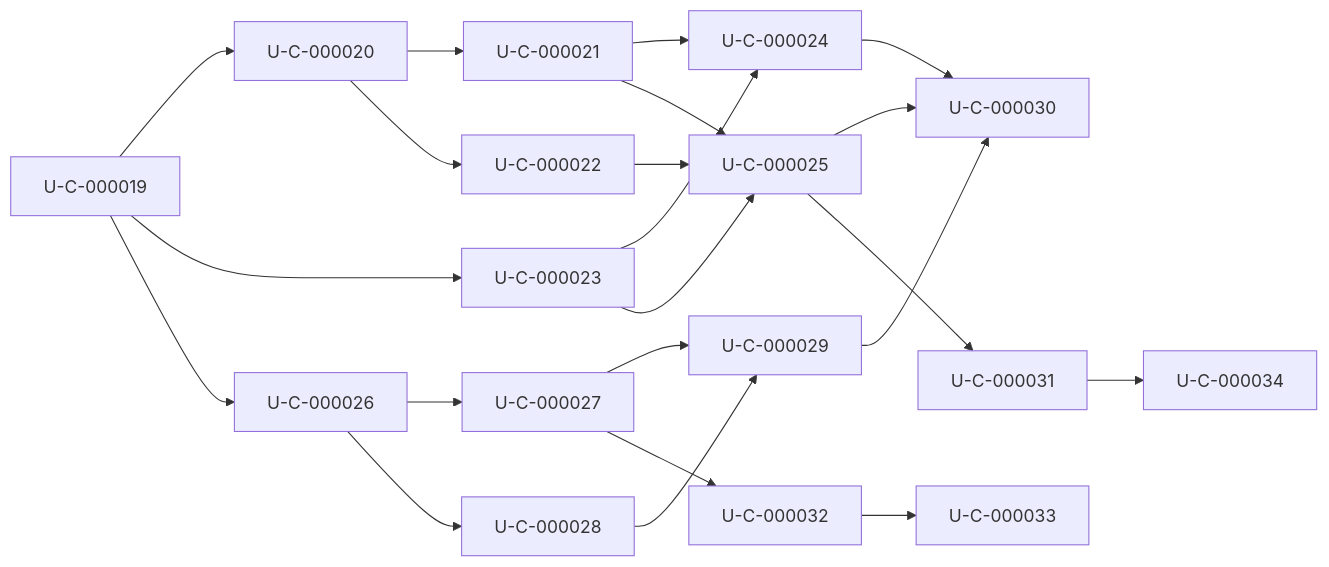
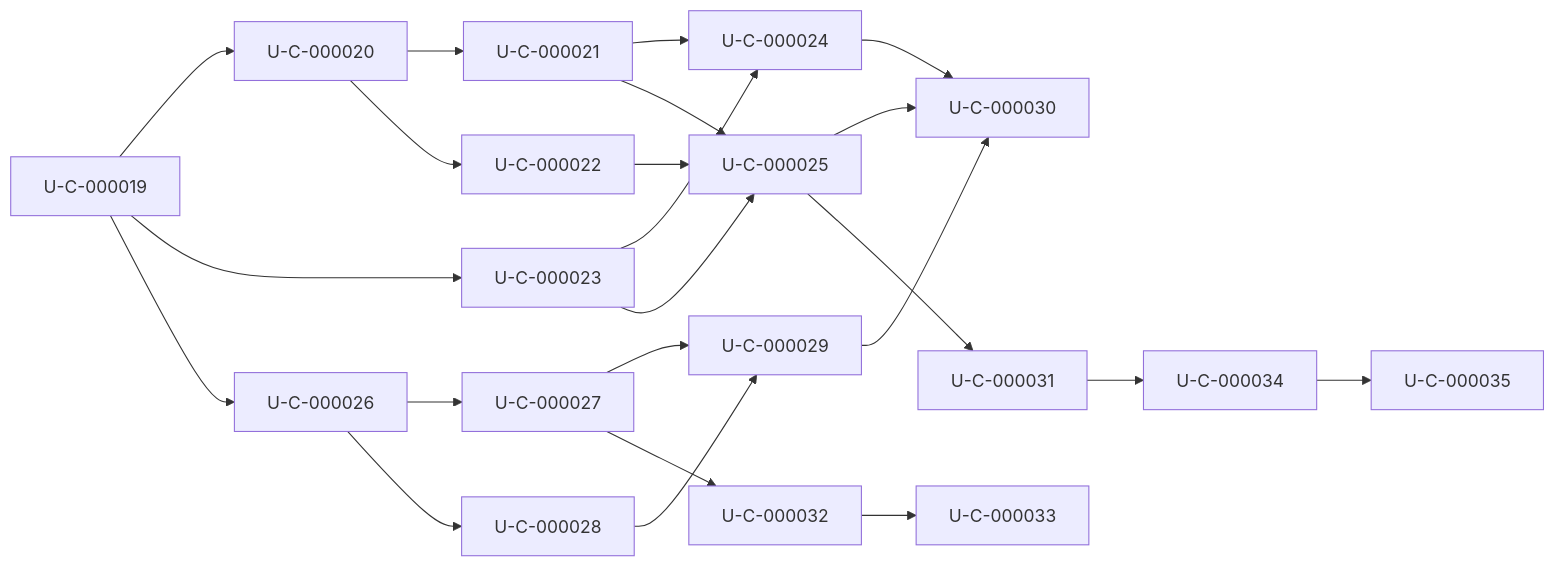
One commit to BergStefanBerlin/SegelPhysik-Core changed the diagram in Umsetzungsplaene/Umsetzungsplan_C-0.2.md. Above: the diagram before and after it, drawn with Mermaid. The commit also changed other lines of this file and 7 other files, not shown here.

````diff
--- a/Umsetzungsplaene/Umsetzungsplan_C-0.2.md
+++ b/Umsetzungsplaene/Umsetzungsplan_C-0.2.md
@@ -332,16 +366,16 @@
 ```mermaid
 flowchart LR
     U19[U-C-000019] --> U20[U-C-000020] --> U21[U-C-000021] --> U24[U-C-000024]
     U20 --> U22[U-C-000022]
     U19 --> U23[U-C-000023] --> U24
     U21 --> U25[U-C-000025]
     U22 --> U25
     U23 --> U25
     U19 --> U26[U-C-000026] --> U27[U-C-000027] --> U29[U-C-000029]
     U26 --> U28[U-C-000028] --> U29
     U24 --> U30[U-C-000030]
     U25 --> U30
     U29 --> U30
-    U25 --> U31[U-C-000031] --> U34[U-C-000034]
+    U25 --> U31[U-C-000031] --> U34[U-C-000034] --> U35[U-C-000035]
     U27 --> U32[U-C-000032] --> U33[U-C-000033]
 ```
````
